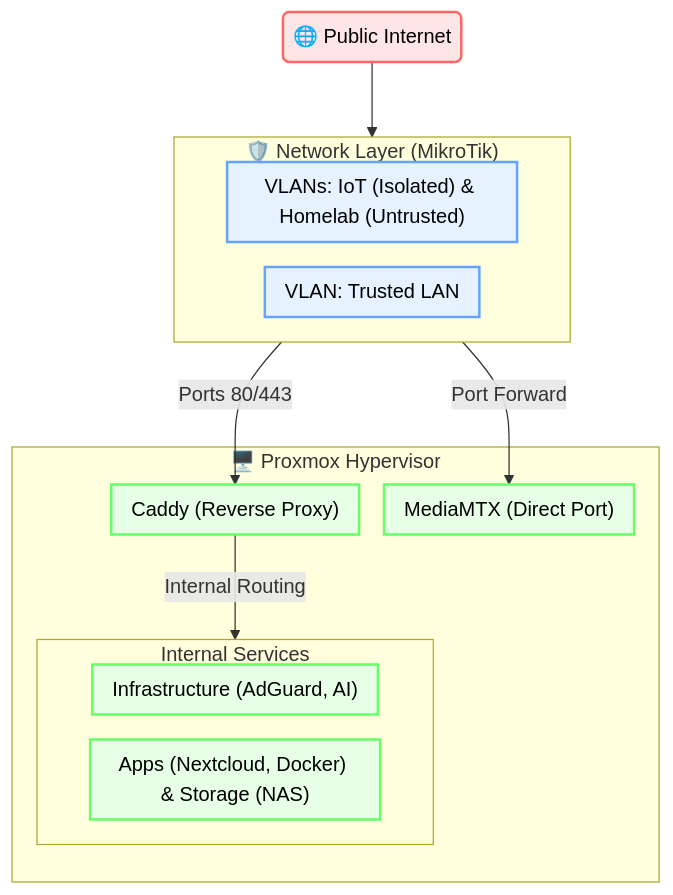
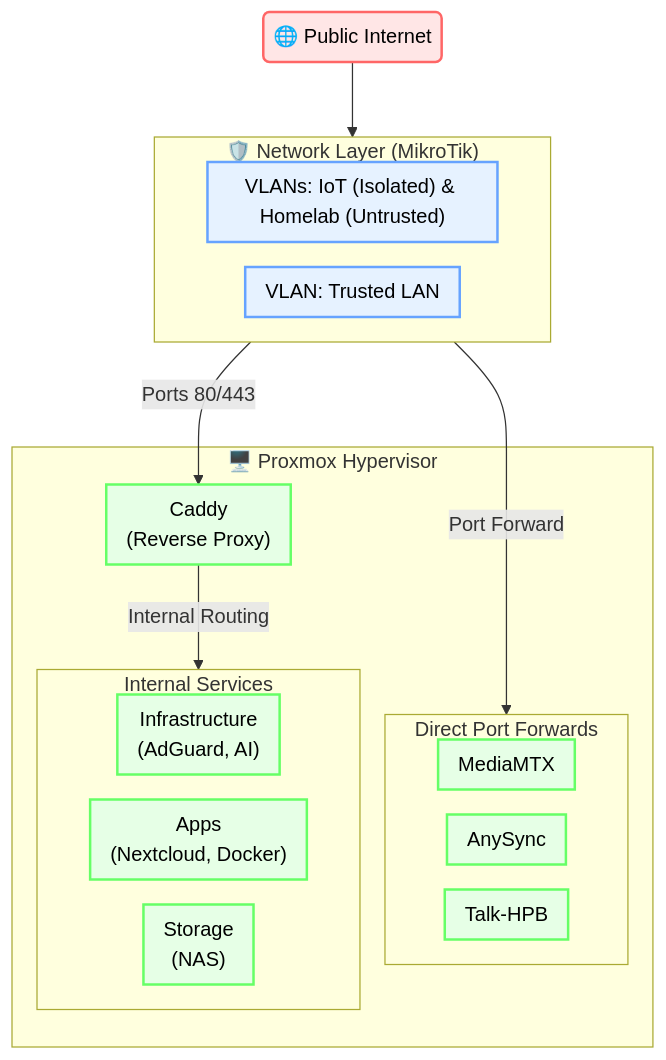
One commit to KnPk11/homelab changed the diagram in README.md. Above: the diagram before and after it, drawn with Mermaid.

Commit message:
docs: update mermaid architecture diagram layout

````diff
--- a/README.md
+++ b/README.md
@@ -18,34 +18,40 @@
 ```mermaid
 flowchart TD
     %%{init: {"flowchart": {"padding": 8, "nodeSpacing": 20, "rankSpacing": 60}}}%%
     
     WAN("🌐 Public Internet")
     
     subgraph Network["🛡️ Network Layer (MikroTik)"]
         VLAN_MIX["VLANs: IoT (Isolated) & Homelab (Untrusted)"]
         VLAN_LAN["VLAN: Trusted LAN"]
     end
 
     subgraph Compute["🖥️ Proxmox Hypervisor"]
-        Caddy["Caddy (Reverse Proxy)"]
-        MediaMTX["MediaMTX (Direct Port)"]
+        Caddy["Caddy<br>(Reverse Proxy)"]
+        
+        subgraph DirectPorts["Direct Port Forwards"]
+            MediaMTX["MediaMTX"]
+            AnySync["AnySync"]
+            TalkHPB["Talk-HPB"]
+        end
         
         subgraph Services["Internal Services"]
-            L1["Infrastructure (AdGuard, AI)"]
-            L2_3["Apps (Nextcloud, Docker) & Storage (NAS)"]
+            L1["Infrastructure<br>(AdGuard, AI)"]
+            L2["Apps<br>(Nextcloud, Docker)"]
+            L3["Storage<br>(NAS)"]
         end
     end
 
     WAN --> Network
     Network -->|Ports 80/443| Caddy
-    Network -->|Port Forward| MediaMTX
+    Network -- "Port Forward" ---> DirectPorts
     Caddy -->|Internal Routing| Services
 
     classDef wanLayer fill:#ffe6e6,stroke:#ff6666,stroke-width:2px,color:#000;
     classDef netLayer fill:#e6f2ff,stroke:#66a3ff,stroke-width:2px,color:#000;
     classDef compLayer fill:#e6ffe6,stroke:#66ff66,stroke-width:2px,color:#000;
 
     class WAN wanLayer;
     class VLAN_MIX,VLAN_LAN netLayer;
-    class Caddy,MediaMTX,L1,L2_3 compLayer;
+    class Caddy,MediaMTX,AnySync,TalkHPB,L1,L2,L3 compLayer;
 ```
````
